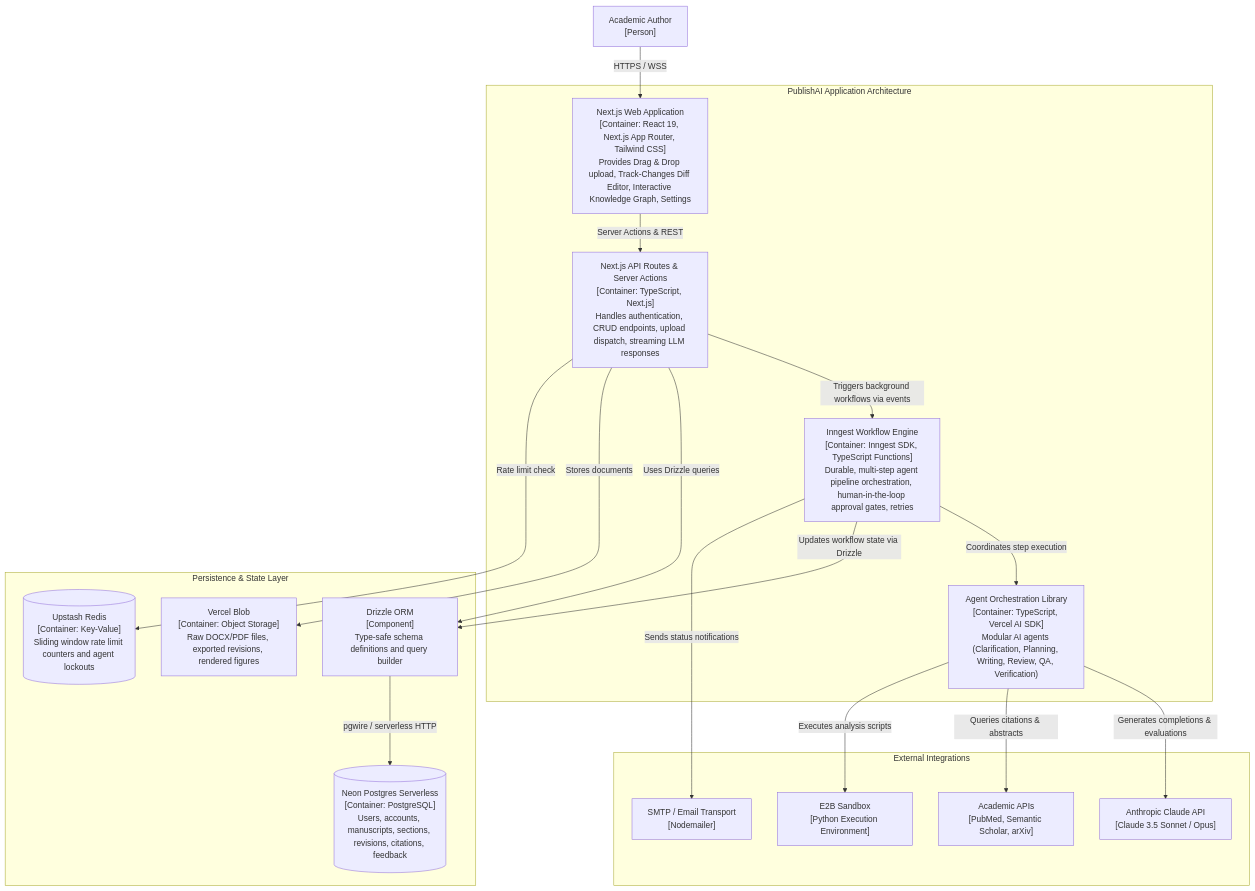
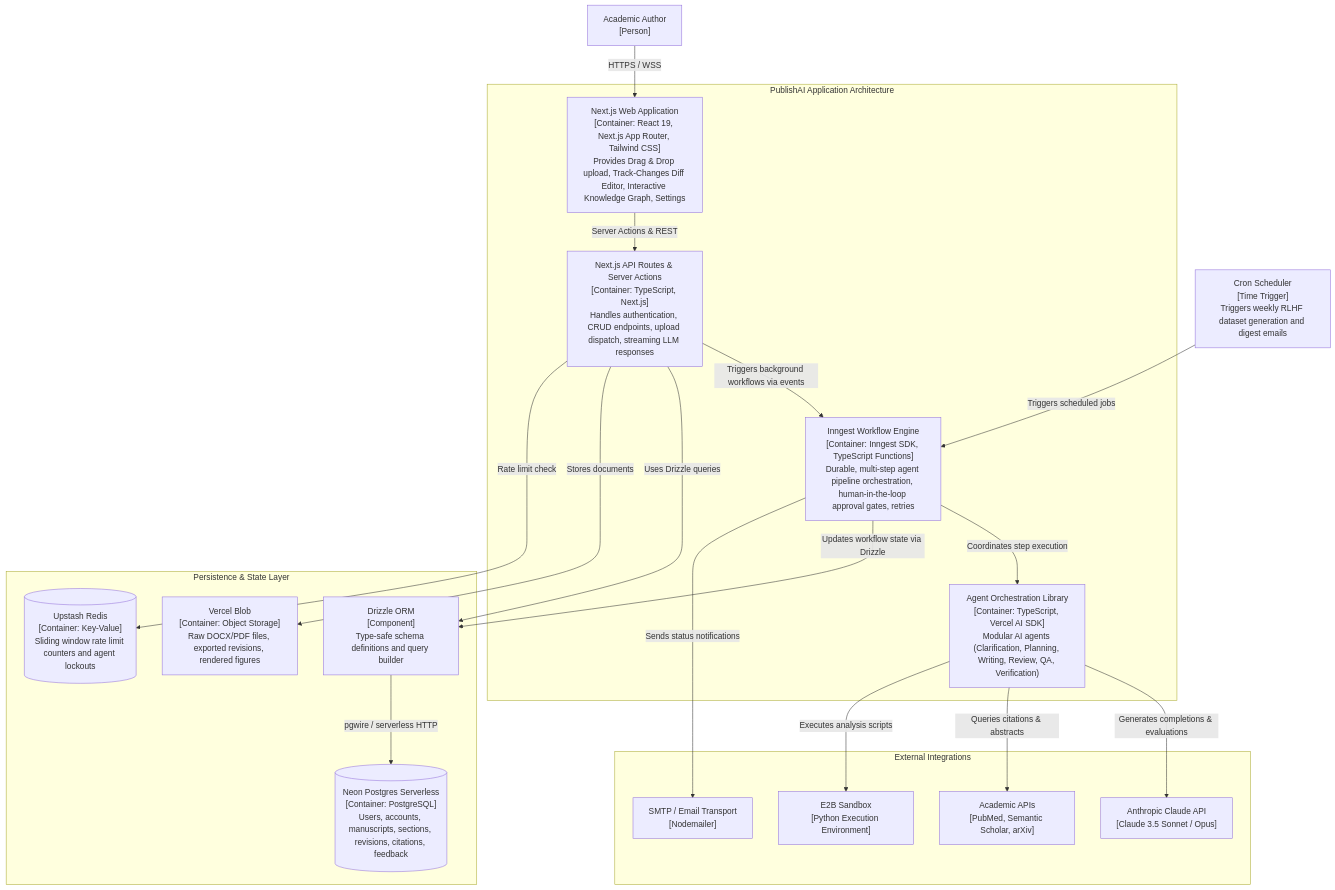
The second of 3 diagrams in docs/architecture/c4-context.md (Lio311/PublishAI), drawn with Mermaid before and after one commit. The commit also changed 1 other file, not shown here.

Commit message:
docs: add cron jobs to architecture and flowchart diagrams

````diff
--- a/docs/architecture/c4-context.md
+++ b/docs/architecture/c4-context.md
@@ -60,39 +60,41 @@
 ```mermaid
 flowchart TD
     User["Academic Author<br>[Person]"]
 
     subgraph PublishAIApp["PublishAI Application Architecture"]
         WebFrontend["Next.js Web Application<br>[Container: React 19, Next.js App Router, Tailwind CSS]<br>Provides Drag & Drop upload, Track-Changes Diff Editor, Interactive Knowledge Graph, Settings"]
         APILayer["Next.js API Routes & Server Actions<br>[Container: TypeScript, Next.js]<br>Handles authentication, CRUD endpoints, upload dispatch, streaming LLM responses"]
         InngestEngine["Inngest Workflow Engine<br>[Container: Inngest SDK, TypeScript Functions]<br>Durable, multi-step agent pipeline orchestration, human-in-the-loop approval gates, retries"]
         AgentServices["Agent Orchestration Library<br>[Container: TypeScript, Vercel AI SDK]<br>Modular AI agents (Clarification, Planning, Writing, Review, QA, Verification)"]
     end
 
     subgraph Persistence["Persistence & State Layer"]
         Drizzle["Drizzle ORM<br>[Component]<br>Type-safe schema definitions and query builder"]
         Neon[("Neon Postgres Serverless<br>[Container: PostgreSQL]<br>Users, accounts, manuscripts, sections, revisions, citations, feedback")]
         VBlob["Vercel Blob<br>[Container: Object Storage]<br>Raw DOCX/PDF files, exported revisions, rendered figures"]
         Redis[("Upstash Redis<br>[Container: Key-Value]<br>Sliding window rate limit counters and agent lockouts")]
     end
 
     subgraph External["External Integrations"]
         Anthropic["Anthropic Claude API<br>[Claude 3.5 Sonnet / Opus]"]
         AcademicAPIs["Academic APIs<br>[PubMed, Semantic Scholar, arXiv]"]
         E2B["E2B Sandbox<br>[Python Execution Environment]"]
         SMTP["SMTP / Email Transport<br>[Nodemailer]"]
     end
 
     User -->|"HTTPS / WSS"| WebFrontend
+    CronScheduler["Cron Scheduler<br>[Time Trigger]<br>Triggers weekly RLHF dataset generation and digest emails"]
+    CronScheduler -->|"Triggers scheduled jobs"| InngestEngine
     WebFrontend -->|"Server Actions & REST"| APILayer
     APILayer -->|"Triggers background workflows via events"| InngestEngine
     APILayer -->|"Uses Drizzle queries"| Drizzle
     APILayer -->|"Stores documents"| VBlob
     APILayer -->|"Rate limit check"| Redis
     InngestEngine -->|"Coordinates step execution"| AgentServices
     InngestEngine -->|"Updates workflow state via Drizzle"| Drizzle
     AgentServices -->|"Generates completions & evaluations"| Anthropic
     AgentServices -->|"Queries citations & abstracts"| AcademicAPIs
     AgentServices -->|"Executes analysis scripts"| E2B
     Drizzle -->|"pgwire / serverless HTTP"| Neon
     InngestEngine -->|"Sends status notifications"| SMTP
 ```
````
